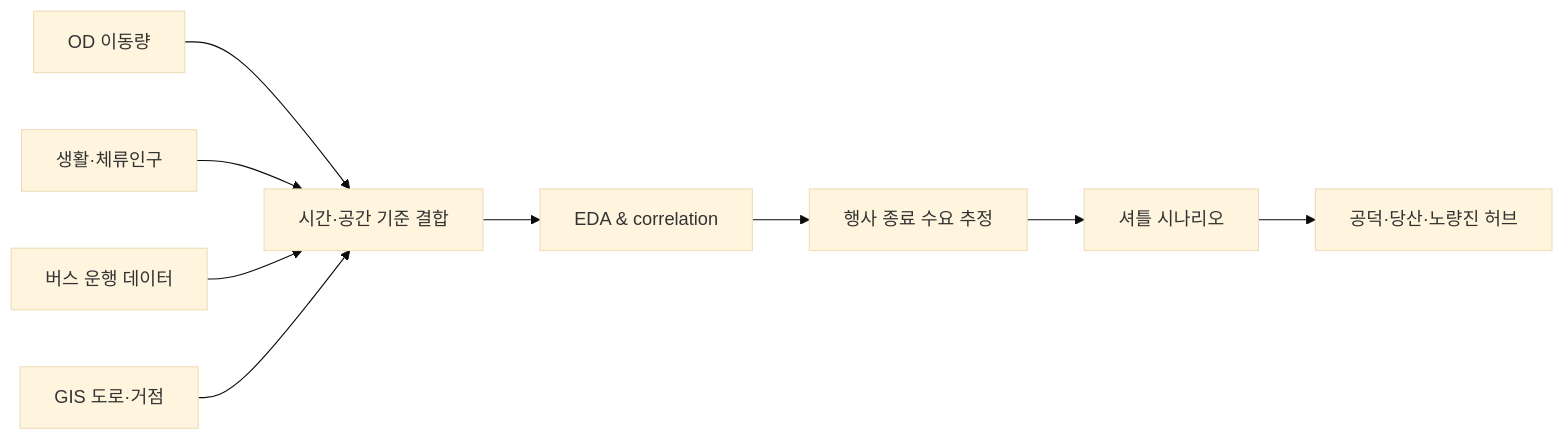
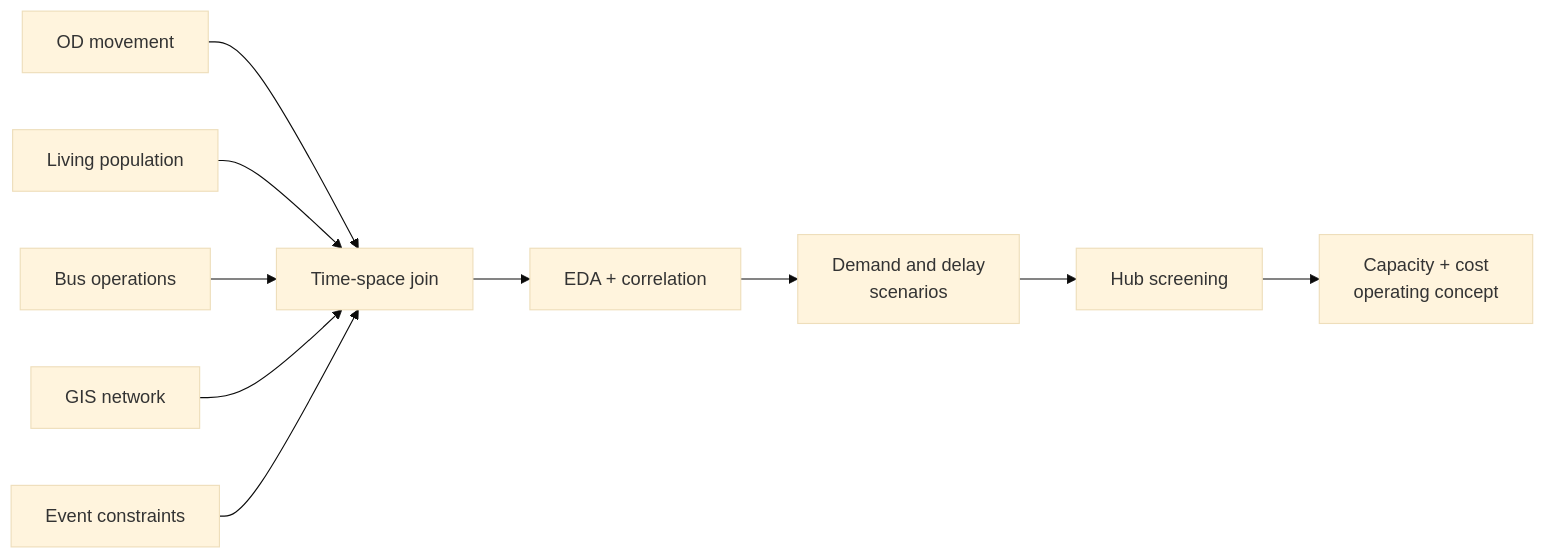
Before and after one commit to yoon-chan-hyeok/event-traffic-delay-analysis: the diagram in README.md, drawn with Mermaid (base theme). The commit also changed other lines of this file, not shown here.

````diff
--- a/README.md
+++ b/README.md
@@ -37,11 +57,12 @@
 ```mermaid
 flowchart LR
-    A["OD 이동량"] --> J["시간·공간 기준 결합"]
-    B["생활·체류인구"] --> J
-    C["버스 운행 데이터"] --> J
-    D["GIS 도로·거점"] --> J
-    J --> E["EDA & correlation"]
-    E --> F["행사 종료 수요 추정"]
-    F --> S["셔틀 시나리오"]
-    S --> H["공덕·당산·노량진 허브"]
+    A["OD movement"] --> J["Time-space join"]
+    B["Living population"] --> J
+    C["Bus operations"] --> J
+    D["GIS network"] --> J
+    E["Event constraints"] --> J
+    J --> F["EDA + correlation"]
+    F --> G["Demand and delay<br/>scenarios"]
+    G --> H["Hub screening"]
+    H --> I["Capacity + cost<br/>operating concept"]
 ```
````
